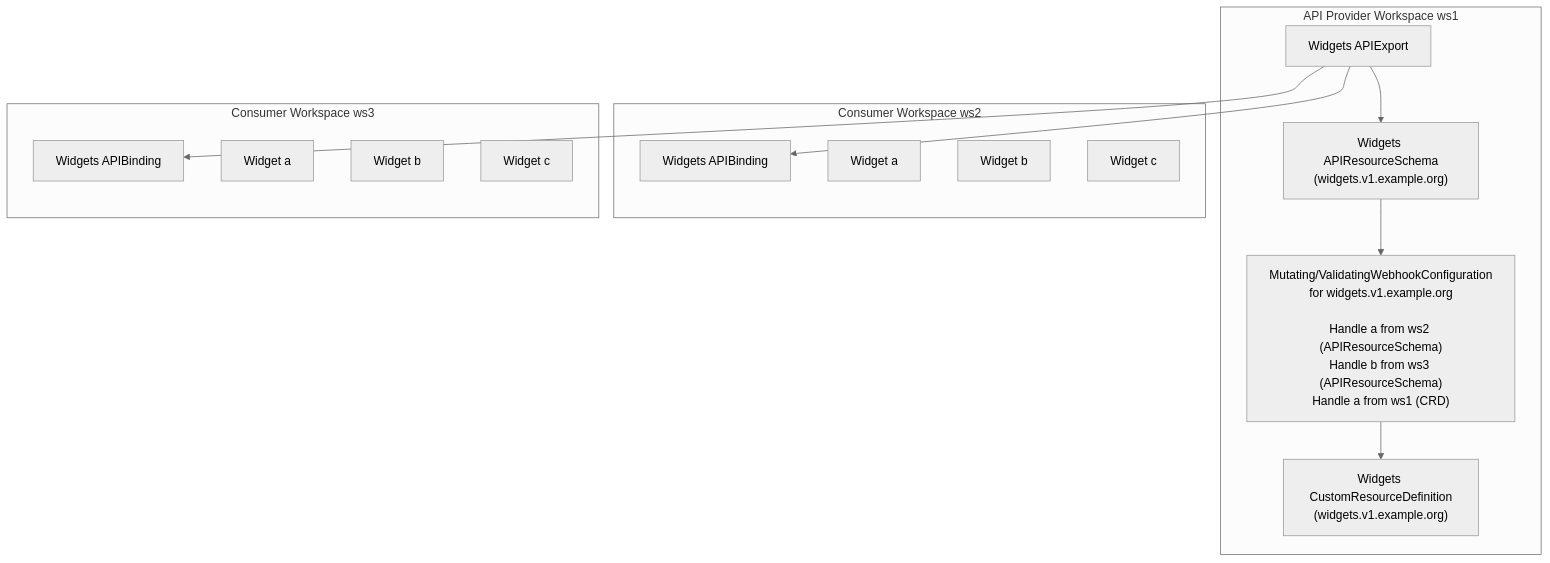
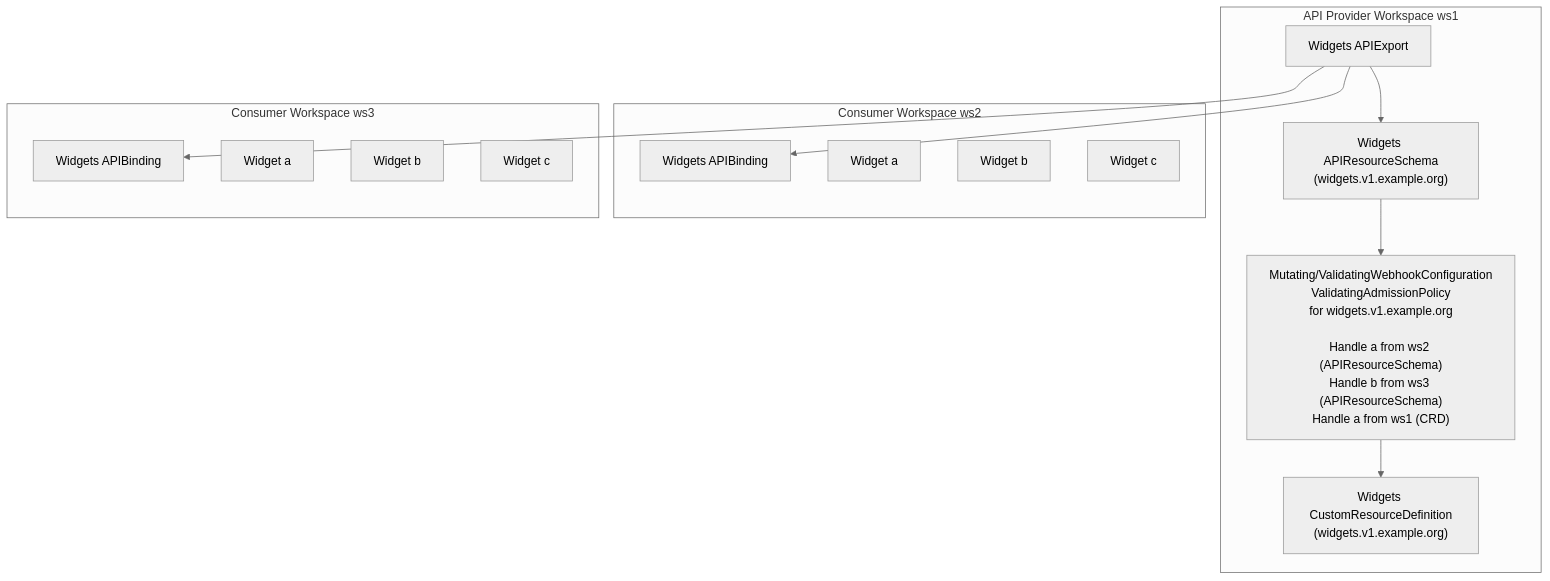
One commit to kcp-dev/kcp changed the diagram in docs/content/concepts/apis/admission-webhooks.md. Above: the diagram before and after it, drawn with Mermaid (neutral theme). The commit also changed other lines of this file and 2 other files, not shown here.

Commit message:
add cross-workspace implementation for ValidatingAdmissionPolicy

````diff
--- a/docs/content/concepts/apis/admission-webhooks.md
+++ b/docs/content/concepts/apis/admission-webhooks.md
@@ -5,34 +10,34 @@
 ```mermaid
 flowchart TD
     subgraph ws1["API Provider Workspace ws1"]
         export["Widgets APIExport"]
         schema["Widgets APIResourceSchema<br/>(widgets.v1.example.org)"]
-        webhook["Mutating/ValidatingWebhookConfiguration<br/>for widgets.v1.example.org<br/><br/>Handle a from ws2 (APIResourceSchema)<br/>Handle b from ws3 (APIResourceSchema)<br/>Handle a from ws1 (CRD)"]
+        webhook["Mutating/ValidatingWebhookConfiguration<br/>ValidatingAdmissionPolicy<br/>for widgets.v1.example.org<br/><br/>Handle a from ws2 (APIResourceSchema)<br/>Handle b from ws3 (APIResourceSchema)<br/>Handle a from ws1 (CRD)"]
         crd["Widgets CustomResourceDefinition<br/>(widgets.v1.example.org)"]
         
         export --> schema
         schema --> webhook
         webhook --> crd
     end
 
     subgraph ws2["Consumer Workspace ws2"]
         binding1["Widgets APIBinding"]
         widgetA1["Widget a"]
         widgetB1["Widget b"]
         widgetC1["Widget c"]
     end
 
     subgraph ws3["Consumer Workspace ws3"]
         binding2["Widgets APIBinding"]
         widgetA2["Widget a"]
         widgetB2["Widget b"]
         widgetC2["Widget c"]
     end
 
     export --> binding1
     export --> binding2
 
     classDef state color:#F77
     classDef or fill:none,stroke:none
     class export,schema,webhook,crd,binding1,binding2 resource;
 ```
````
